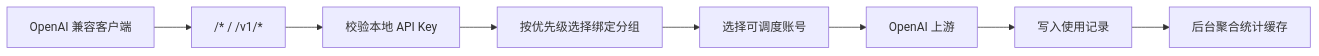
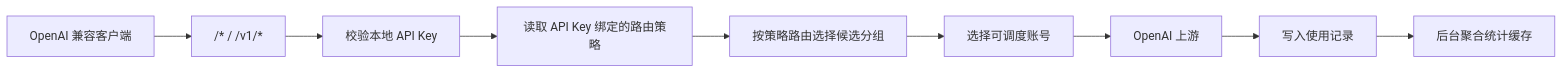
One commit to huanmin123/juhe-ai changed the second of 3 diagrams in docs/architecture/backend/README.md. Above: the diagram before and after it, drawn with Mermaid. The commit also changed other lines of this file and 52 other files, not shown here.

````diff
--- a/docs/architecture/backend/README.md
+++ b/docs/architecture/backend/README.md
@@ -117,10 +127,11 @@
 ```mermaid
 flowchart LR
   Client["OpenAI 兼容客户端"] --> Gateway["/* / /v1/*"]
   Gateway --> Key["校验本地 API Key"]
-  Key --> Group["按优先级选择绑定分组"]
+  Key --> Strategy["读取 API Key 绑定的路由策略"]
+  Strategy --> Group["按策略路由选择候选分组"]
   Group --> Account["选择可调度账号"]
   Account --> Upstream["OpenAI 上游"]
   Upstream --> Usage["写入使用记录"]
   Usage --> Stats["后台聚合统计缓存"]
 ```
````
